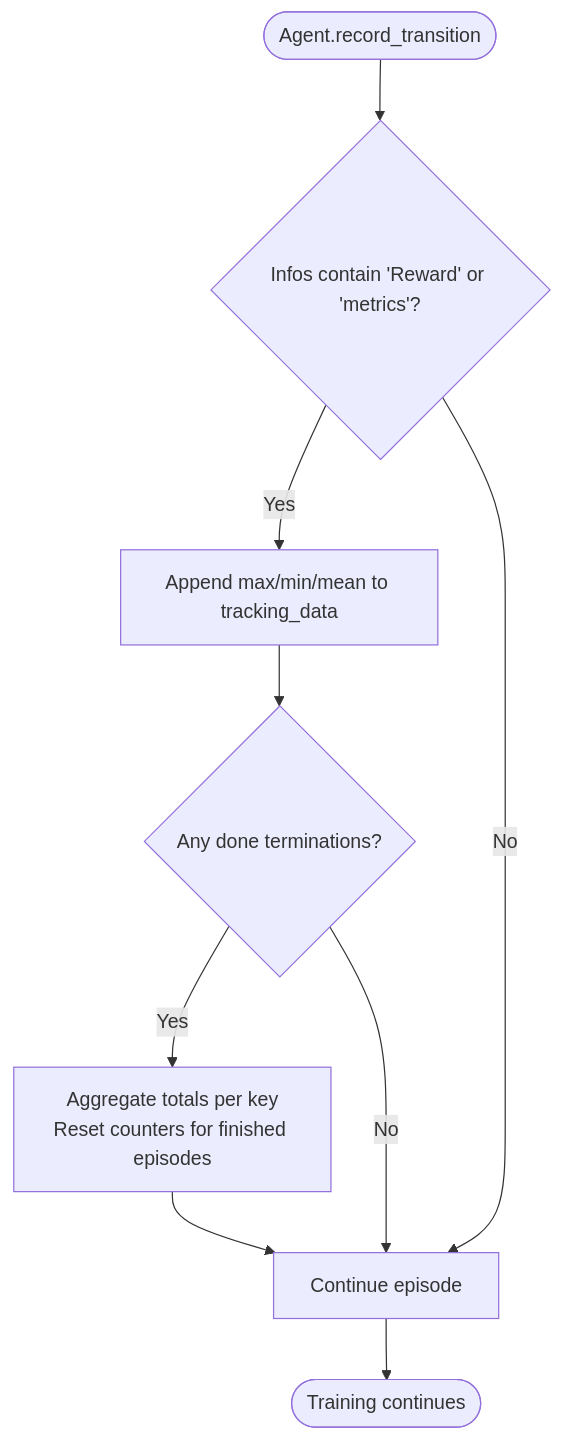
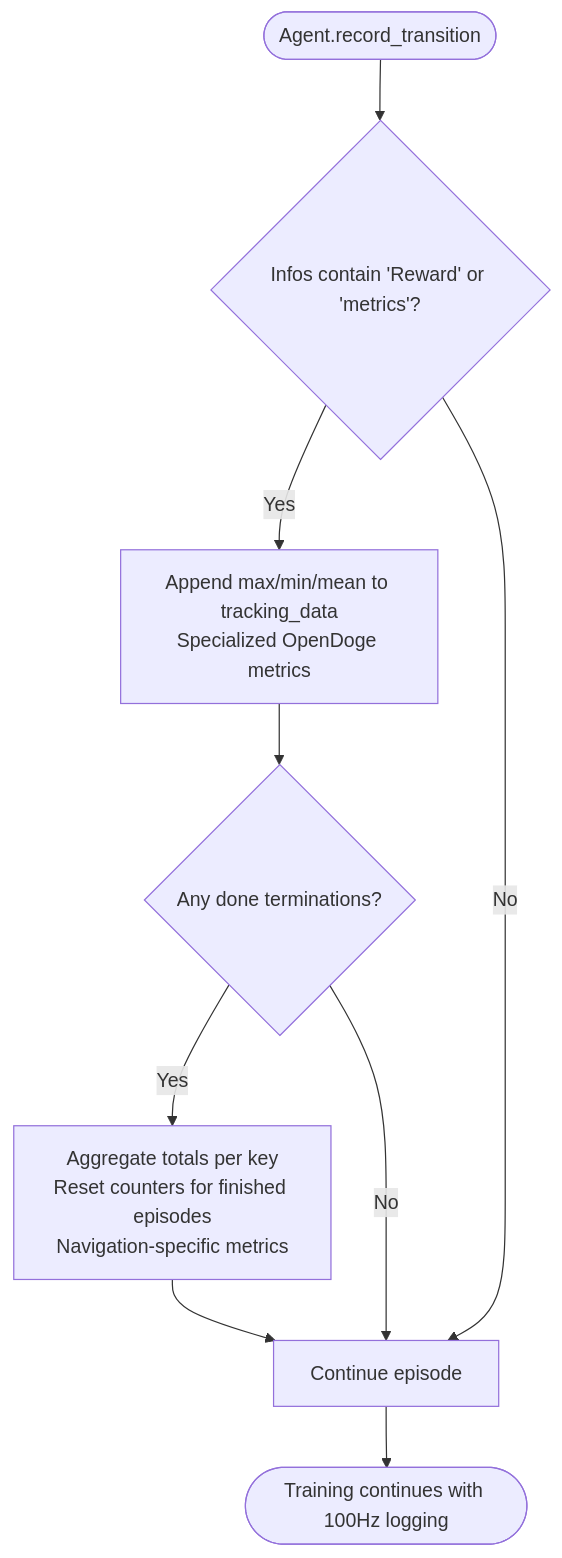
The ninth of 10 diagrams in .qoder/repowiki/en/content/Training Framework Integration/Training Framework Integration.md (jayjayhust/MotrixLab), drawn with Mermaid before and after one commit. The commit also changed other lines of this file and 8 other files, not shown here.

````diff
--- a/.qoder/repowiki/en/content/Training Framework Integration/Training Framework Integration.md
+++ b/.qoder/repowiki/en/content/Training Framework Integration/Training Framework Integration.md
@@ -381,11 +403,11 @@
 ```mermaid
 flowchart TD
 Start(["Agent.record_transition"]) --> CheckInfos{"Infos contain 'Reward' or 'metrics'?"}
-CheckInfos --> |Yes| Track["Append max/min/mean to tracking_data"]
+CheckInfos --> |Yes| Track["Append max/min/mean to tracking_data<br/>Specialized OpenDoge metrics"]
 Track --> DoneCheck{"Any done terminations?"}
-DoneCheck --> |Yes| Aggregate["Aggregate totals per key<br/>Reset counters for finished episodes"]
+DoneCheck --> |Yes| Aggregate["Aggregate totals per key<br/>Reset counters for finished episodes<br/>Navigation-specific metrics"]
 DoneCheck --> |No| Continue["Continue episode"]
 CheckInfos --> |No| Continue
 Aggregate --> Continue
-Continue --> End(["Training continues"])
+Continue --> End(["Training continues with 100Hz logging"])
 ```
````
